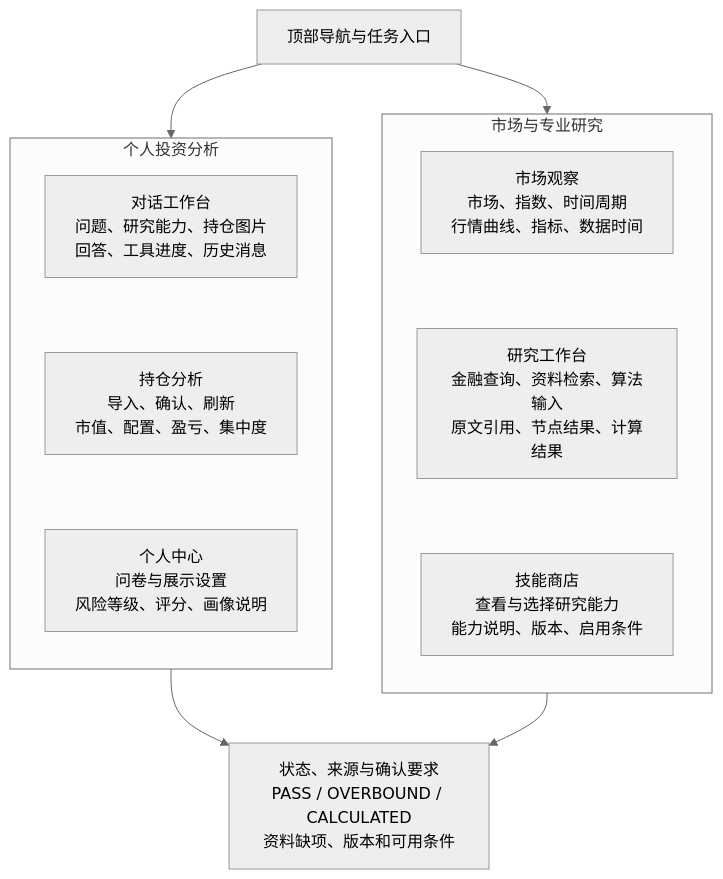
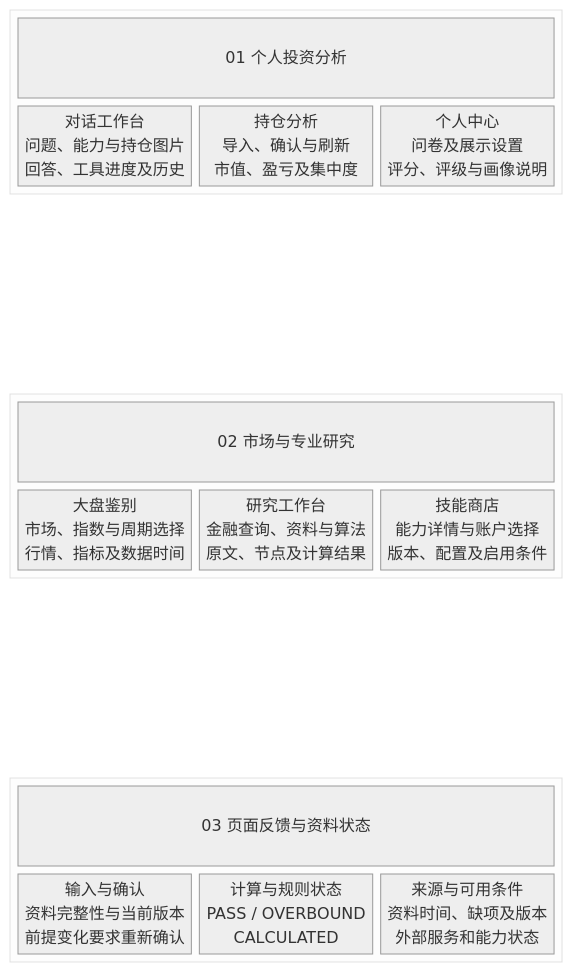
The diagram in docs/submission/figures/s2c/workspace-navigation.mmd (1917173927/prism), drawn with Mermaid (neutral theme) before and after one commit. The commit also changed 50 other files, not shown here.

Commit message:
docs: 按参考图重绘 S2C 分区卡片图示

```diff
--- a/docs/submission/figures/s2c/workspace-navigation.mmd
+++ b/docs/submission/figures/s2c/workspace-navigation.mmd
@@ -1,19 +1,29 @@
-flowchart TB
-    NAV["顶部导航与任务入口"] --> INVEST
-    NAV --> STUDY
-    subgraph INVEST["个人投资分析"]
-      direction TB
-      CHAT["对话工作台<br/>问题、研究能力、持仓图片<br/>回答、工具进度、历史消息"]
-      PORT["持仓分析<br/>导入、确认、刷新<br/>市值、配置、盈亏、集中度"]
-      PROFILE["个人中心<br/>问卷与展示设置<br/>风险等级、评分、画像说明"]
-      CHAT ~~~ PORT ~~~ PROFILE
-    end
-    subgraph STUDY["市场与专业研究"]
-      direction TB
-      MARKET["市场观察<br/>市场、指数、时间周期<br/>行情曲线、指标、数据时间"]
-      RESEARCH["研究工作台<br/>金融查询、资料检索、算法输入<br/>原文引用、节点结果、计算结果"]
-      SKILLS["技能商店<br/>查看与选择研究能力<br/>能力说明、版本、启用条件"]
-      MARKET ~~~ RESEARCH ~~~ SKILLS
-    end
-    INVEST --> STATE["状态、来源与确认要求<br/>PASS / OVERBOUND / CALCULATED<br/>资料缺项、版本和可用条件"]
-    STUDY --> STATE
+block-beta
+  columns 1
+  block:input
+    columns 3
+    H1["01 个人投资分析"]:3
+    A["对话工作台<br/>问题、能力与持仓图片<br/>回答、工具进度及历史"]
+    B["持仓分析<br/>导入、确认与刷新<br/>市值、盈亏及集中度"]
+    C["个人中心<br/>问卷及展示设置<br/>评分、评级与画像说明"]
+  end
+  space
+  block:process
+    columns 3
+    H2["02 市场与专业研究"]:3
+    D["大盘鉴别<br/>市场、指数与周期选择<br/>行情、指标及数据时间"]
+    E["研究工作台<br/>金融查询、资料与算法<br/>原文、节点及计算结果"]
+    F["技能商店<br/>能力详情与账户选择<br/>版本、配置及启用条件"]
+  end
+  space
+  block:output
+    columns 3
+    H3["03 页面反馈与资料状态"]:3
+    G["输入与确认<br/>资料完整性与当前版本<br/>前提变化要求重新确认"]
+    I["计算与规则状态<br/>PASS / OVERBOUND<br/>CALCULATED"]
+    J["来源与可用条件<br/>资料时间、缺项及版本<br/>外部服务和能力状态"]
+  end
+  class H1,H2,H3 section
+  class input,process,output container
+  class A,B,C,G,J neutral
+  class D,E,F,I accent
```
